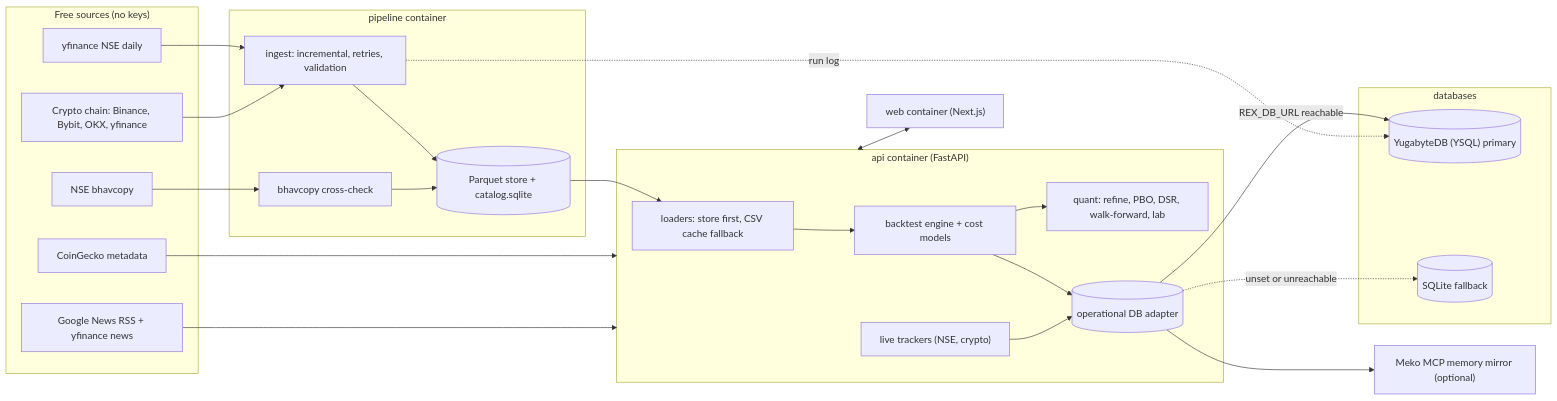
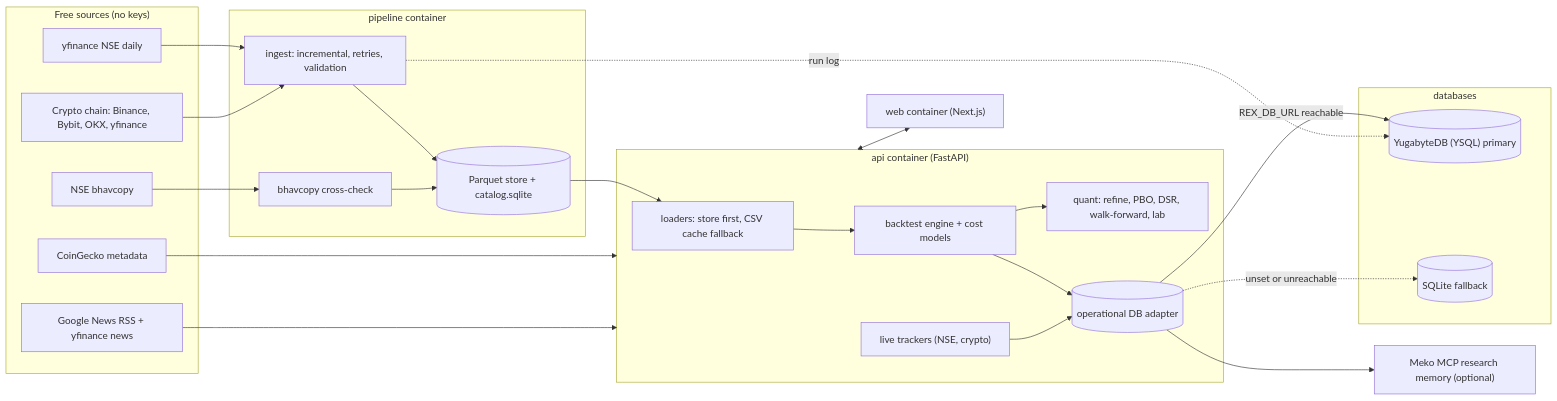
One commit to balajigupta15/REX changed the diagram in README.md. Above: the diagram before and after it, drawn with Mermaid. The commit also changed other lines of this file, not shown here.

Commit message:
Polish quant research README positioning

````diff
--- a/README.md
+++ b/README.md
@@ -28,44 +28,44 @@
 ```mermaid
 flowchart LR
   subgraph Sources["Free sources (no keys)"]
     YF[yfinance NSE daily]
     BHAV[NSE bhavcopy]
     CX["Crypto chain: Binance, Bybit, OKX, yfinance"]
     CG[CoinGecko metadata]
     GN[Google News RSS + yfinance news]
   end
   subgraph Pipeline["pipeline container"]
     ING["ingest: incremental, retries, validation"]
     XC[bhavcopy cross-check]
     ST[("Parquet store + catalog.sqlite")]
   end
   subgraph API["api container (FastAPI)"]
     LD["loaders: store first, CSV cache fallback"]
     BT["backtest engine + cost models"]
     Q["quant: refine, PBO, DSR, walk-forward, lab"]
     TR["live trackers (NSE, crypto)"]
     MEM[("operational DB adapter")]
   end
   subgraph DBs["databases"]
     YB[("YugabyteDB (YSQL) primary")]
     SQ[("SQLite fallback")]
   end
-  MEKO["Meko MCP memory mirror (optional)"]
+  MEKO["Meko MCP research memory (optional)"]
   WEB["web container (Next.js)"]
   YF --> ING
   CX --> ING
   ING --> ST
   BHAV --> XC
   XC --> ST
   ST --> LD
   LD --> BT --> Q
   BT --> MEM
   TR --> MEM
   CG --> API
   GN --> API
   MEM -->|REX_DB_URL reachable| YB
   MEM -.->|unset or unreachable| SQ
   ING -.->|run log| YB
   MEM --> MEKO
   API <--> WEB
 ```
````
